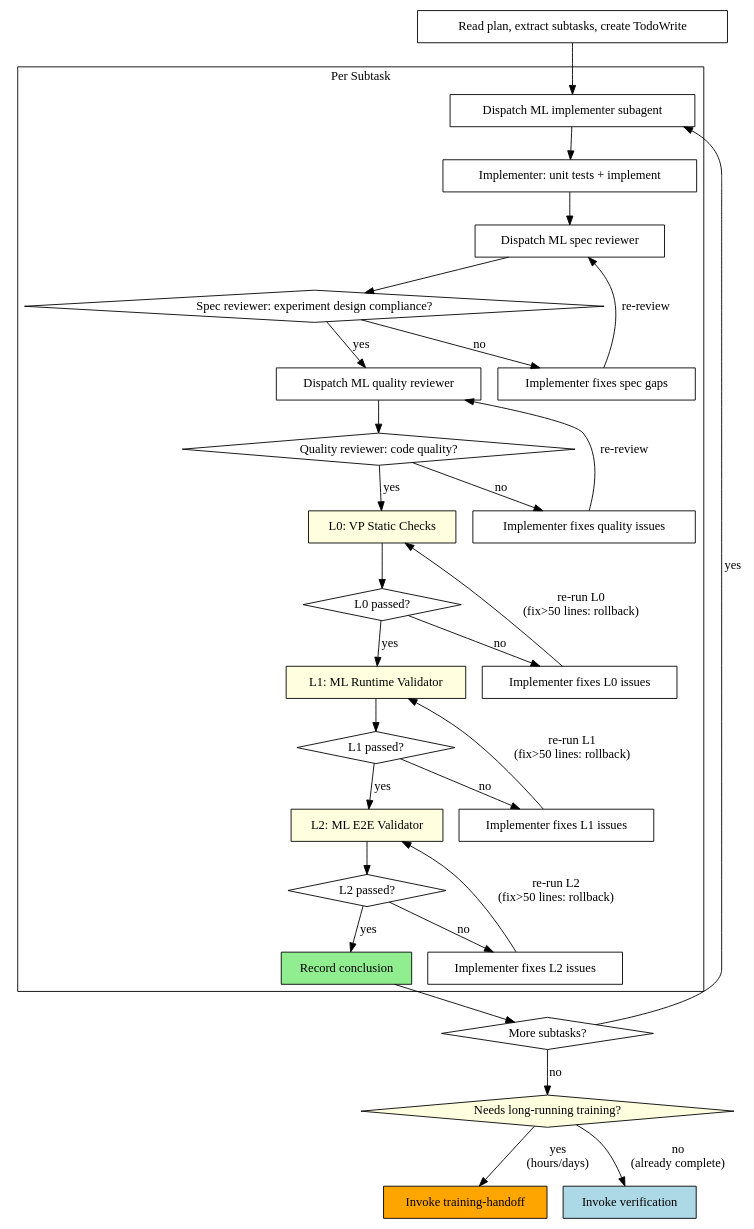
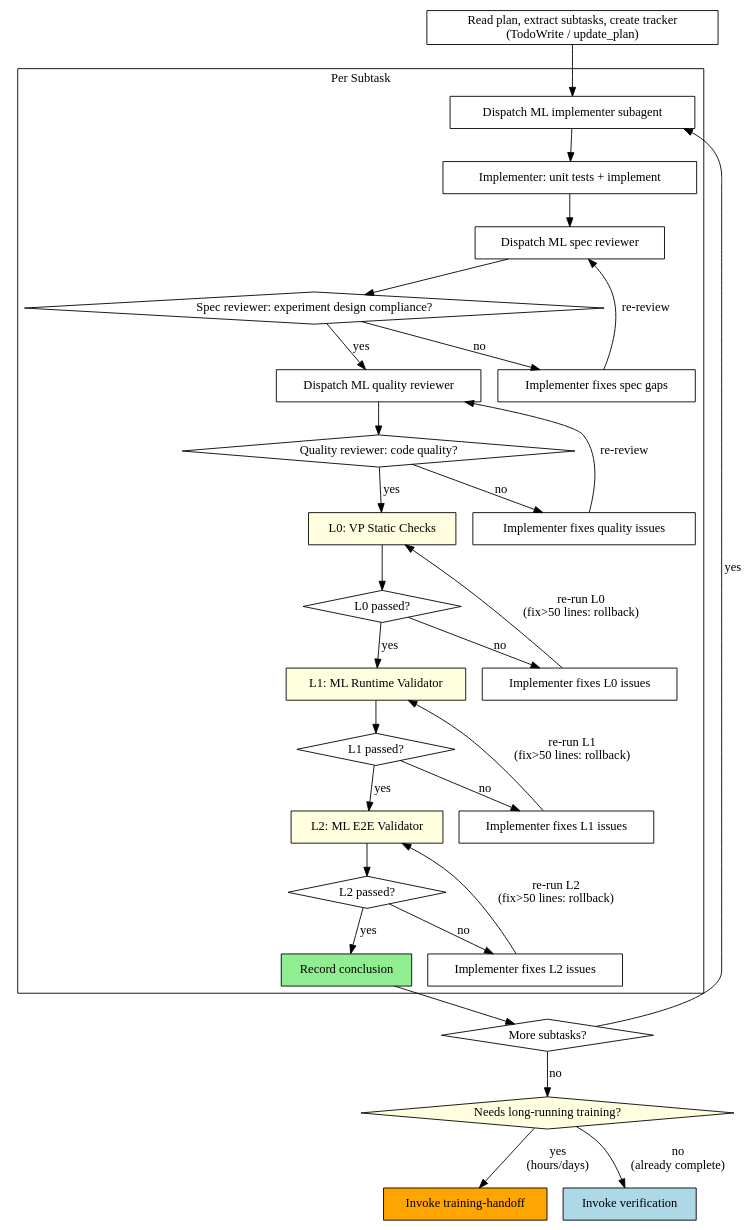
Before and after one commit to qqhard/superpowers-ML: the diagram in skills/subagent-dev/SKILL.md, drawn with Graphviz. The commit also changed 10 other files, not shown here.

````diff
--- a/skills/subagent-dev/SKILL.md
+++ b/skills/subagent-dev/SKILL.md
@@ -31,62 +31,62 @@
 ```dot
 digraph process {
     rankdir=TB;
 
     subgraph cluster_per_subtask {
         label="Per Subtask";
         "Dispatch ML implementer subagent" [shape=box];
         "Implementer: unit tests + implement" [shape=box];
         "Dispatch ML spec reviewer" [shape=box];
         "Spec reviewer: experiment design compliance?" [shape=diamond];
         "Implementer fixes spec gaps" [shape=box];
         "Dispatch ML quality reviewer" [shape=box];
         "Quality reviewer: code quality?" [shape=diamond];
         "Implementer fixes quality issues" [shape=box];
         "L0: VP Static Checks" [shape=box style=filled fillcolor=lightyellow];
         "L0 passed?" [shape=diamond];
         "Implementer fixes L0 issues" [shape=box];
         "L1: ML Runtime Validator" [shape=box style=filled fillcolor=lightyellow];
         "L1 passed?" [shape=diamond];
         "Implementer fixes L1 issues" [shape=box];
         "L2: ML E2E Validator" [shape=box style=filled fillcolor=lightyellow];
         "L2 passed?" [shape=diamond];
         "Implementer fixes L2 issues" [shape=box];
         "Record conclusion" [shape=box style=filled fillcolor=lightgreen];
     }
 
-    "Read plan, extract subtasks, create TodoWrite" [shape=box];
+    "Read plan, extract subtasks, create tracker\n(TodoWrite / update_plan)" [shape=box];
     "More subtasks?" [shape=diamond];
     "Needs long-running training?" [shape=diamond style=filled fillcolor=lightyellow];
     "Invoke training-handoff" [shape=box style=filled fillcolor=orange];
     "Invoke verification" [shape=box style=filled fillcolor=lightblue];
 
-    "Read plan, extract subtasks, create TodoWrite" -> "Dispatch ML implementer subagent";
+    "Read plan, extract subtasks, create tracker\n(TodoWrite / update_plan)" -> "Dispatch ML implementer subagent";
     "Dispatch ML implementer subagent" -> "Implementer: unit tests + implement";
     "Implementer: unit tests + implement" -> "Dispatch ML spec reviewer";
     "Dispatch ML spec reviewer" -> "Spec reviewer: experiment design compliance?";
     "Spec reviewer: experiment design compliance?" -> "Implementer fixes spec gaps" [label="no"];
     "Implementer fixes spec gaps" -> "Dispatch ML spec reviewer" [label="re-review"];
     "Spec reviewer: experiment design compliance?" -> "Dispatch ML quality reviewer" [label="yes"];
     "Dispatch ML quality reviewer" -> "Quality reviewer: code quality?";
     "Quality reviewer: code quality?" -> "Implementer fixes quality issues" [label="no"];
     "Implementer fixes quality issues" -> "Dispatch ML quality reviewer" [label="re-review"];
     "Quality reviewer: code quality?" -> "L0: VP Static Checks" [label="yes"];
     "L0: VP Static Checks" -> "L0 passed?";
     "L0 passed?" -> "L1: ML Runtime Validator" [label="yes"];
     "L0 passed?" -> "Implementer fixes L0 issues" [label="no"];
     "Implementer fixes L0 issues" -> "L0: VP Static Checks" [label="re-run L0\n(fix>50 lines: rollback)"];
     "L1: ML Runtime Validator" -> "L1 passed?";
     "L1 passed?" -> "L2: ML E2E Validator" [label="yes"];
     "L1 passed?" -> "Implementer fixes L1 issues" [label="no"];
     "Implementer fixes L1 issues" -> "L1: ML Runtime Validator" [label="re-run L1\n(fix>50 lines: rollback)"];
     "L2: ML E2E Validator" -> "L2 passed?";
     "L2 passed?" -> "Record conclusion" [label="yes"];
     "L2 passed?" -> "Implementer fixes L2 issues" [label="no"];
     "Implementer fixes L2 issues" -> "L2: ML E2E Validator" [label="re-run L2\n(fix>50 lines: rollback)"];
     "Record conclusion" -> "More subtasks?";
     "More subtasks?" -> "Dispatch ML implementer subagent" [label="yes"];
     "More subtasks?" -> "Needs long-running training?" [label="no"];
     "Needs long-running training?" -> "Invoke training-handoff" [label="yes\n(hours/days)"];
     "Needs long-running training?" -> "Invoke verification" [label="no\n(already complete)"];
 }
 ```
````
